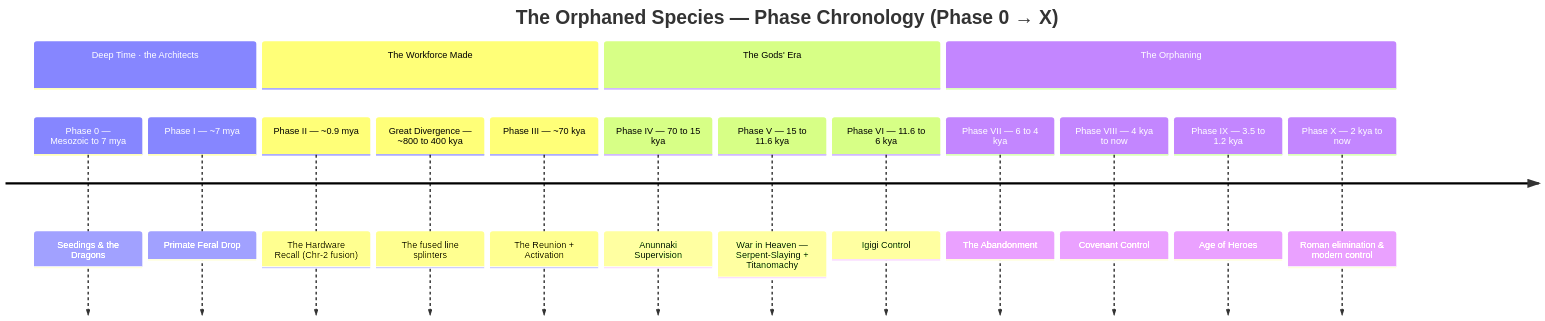
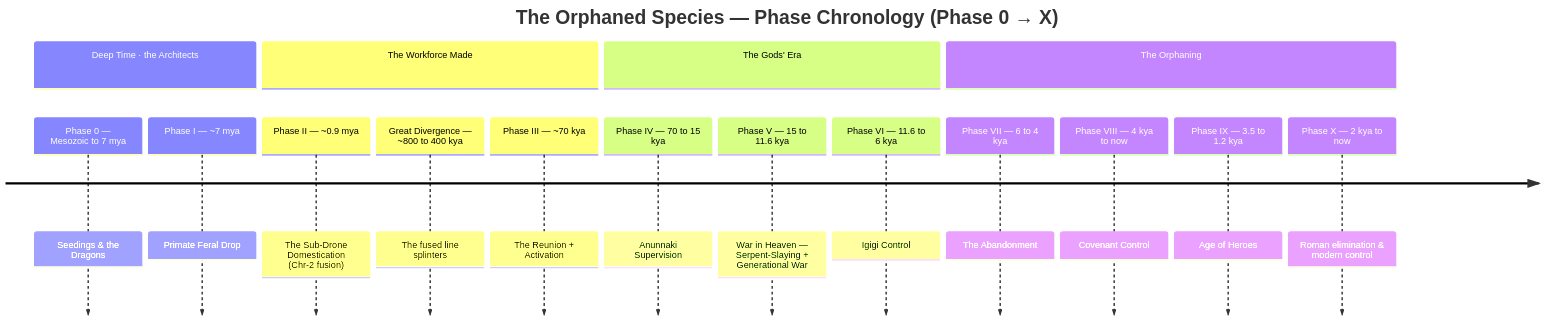
The first of 2 diagrams in 50_The_Orphaned_Species/00_MASTER_TIMELINE.md (DoctorKhan/The-Orphaned-Species), drawn with Mermaid before and after one commit. The commit also changed other lines of this file and 43 other files, not shown here.

First line of the commit message:
Retire "Titans" and "Hardware Recall"; lock Anu + 26 vs. the seventy sons

````diff
--- a/50_The_Orphaned_Species/00_MASTER_TIMELINE.md
+++ b/50_The_Orphaned_Species/00_MASTER_TIMELINE.md
@@ -189,20 +187,20 @@
 ```mermaid
 timeline
     title The Orphaned Species — Phase Chronology (Phase 0 → X)
     section Deep Time · the Architects
         Phase 0 — Mesozoic to 7 mya : Seedings & the Dragons
         Phase I — ~7 mya : Primate Feral Drop
     section The Workforce Made
-        Phase II — ~0.9 mya : The Hardware Recall (Chr-2 fusion)
+        Phase II — ~0.9 mya : The Sub-Drone Domestication (Chr-2 fusion)
         Great Divergence — ~800 to 400 kya : The fused line splinters
         Phase III — ~70 kya : The Reunion + Activation
     section The Gods' Era
         Phase IV — 70 to 15 kya : Anunnaki Supervision
-        Phase V — 15 to 11.6 kya : War in Heaven — Serpent-Slaying + Titanomachy
+        Phase V — 15 to 11.6 kya : War in Heaven — Serpent-Slaying + Generational War
         Phase VI — 11.6 to 6 kya : Igigi Control
     section The Orphaning
         Phase VII — 6 to 4 kya : The Abandonment
         Phase VIII — 4 kya to now : Covenant Control
         Phase IX — 3.5 to 1.2 kya : Age of Heroes
         Phase X — 2 kya to now : Roman elimination & modern control
 ```
````
